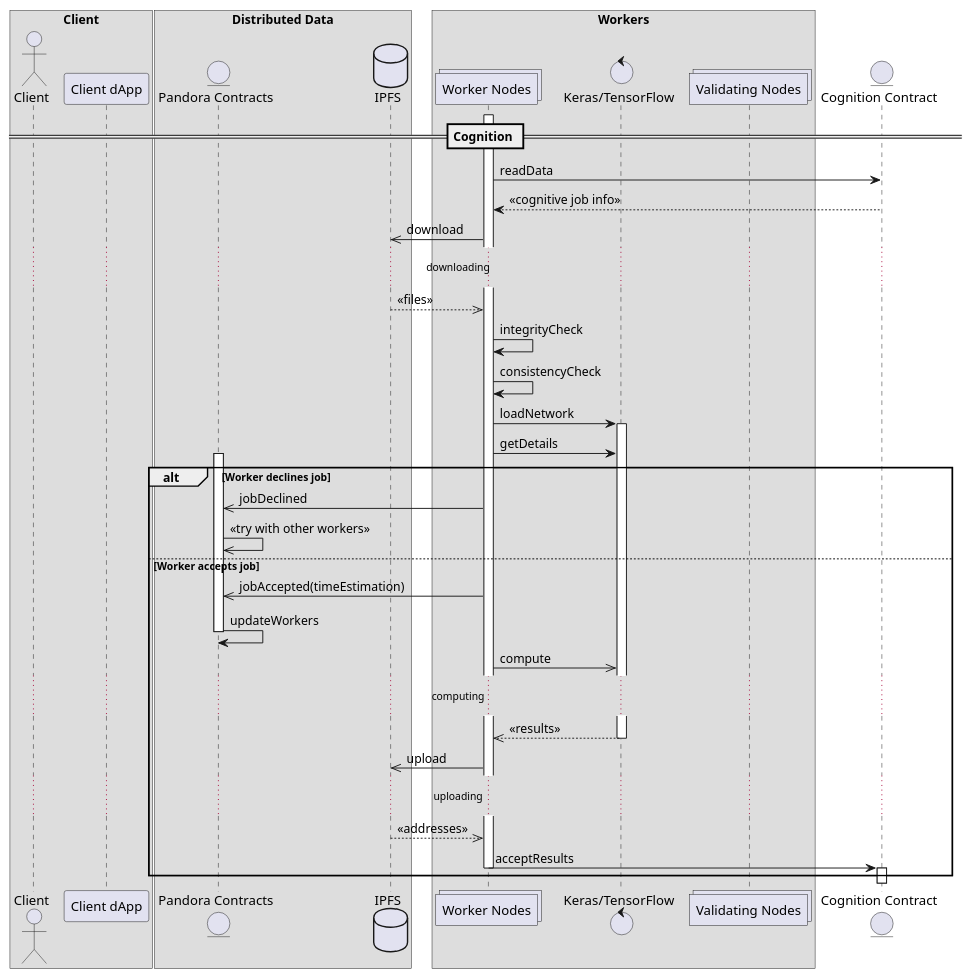
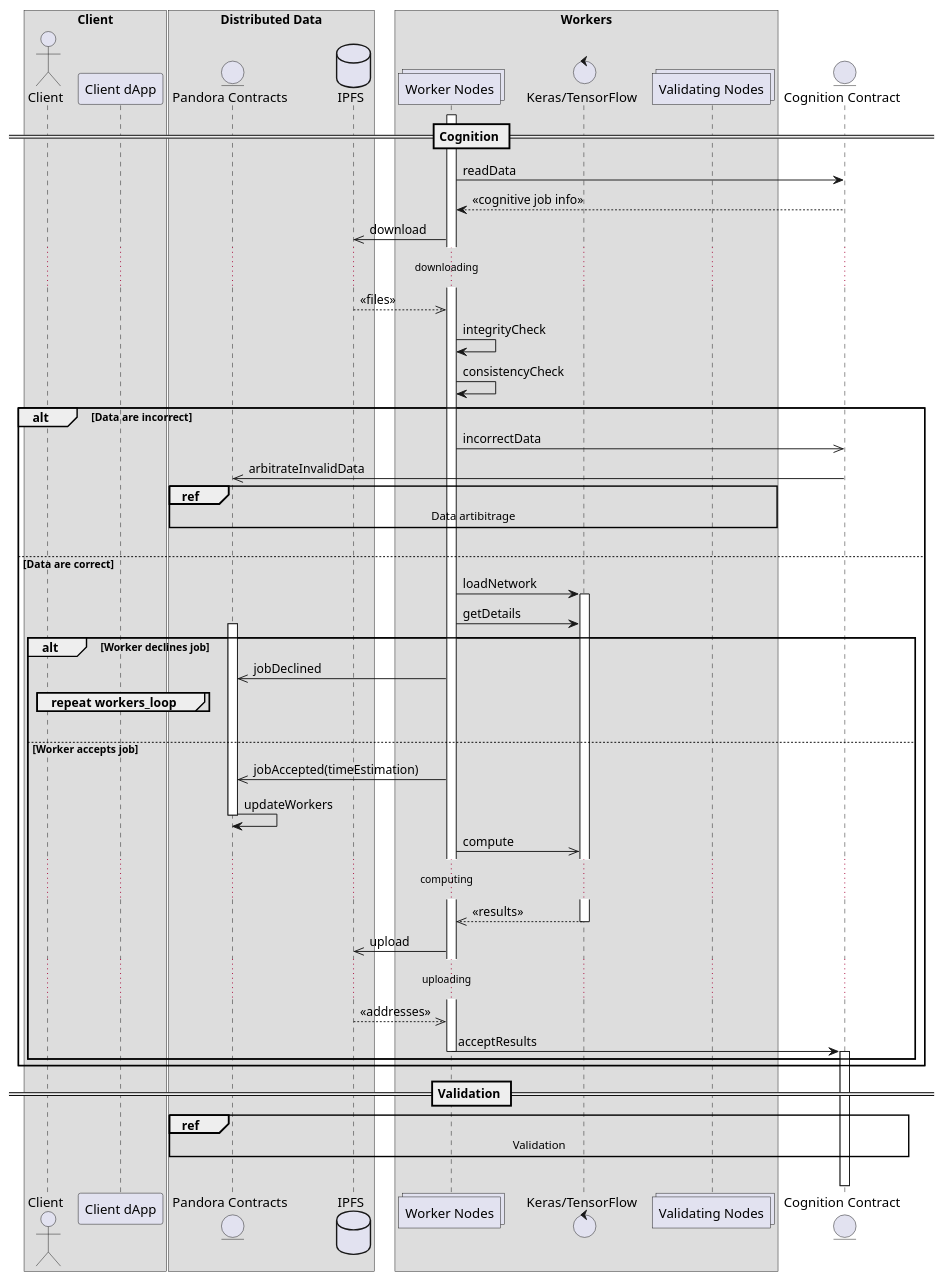
Before and after one commit to pandoraboxchain/pocw-techspecs: the diagram in sequence_cognition_15.plantuml, drawn with PlantUML.

```diff
--- a/sequence_cognition_15.plantuml
+++ b/sequence_cognition_15.plantuml
@@ -1,52 +1,66 @@
 @startuml
 box "Client"
   actor "Client" as client
   participant "Client dApp" as dapp
 end box
 
 box "Distributed Data"
   entity "Pandora Contracts" as pandora
   database "IPFS" as ipfs
 end box
 
 box "Workers"
   collections "Worker Nodes" as workers
   control "Keras/TensorFlow" as nn
   collections "Validating Nodes" as validators
 end box
 
 entity "Cognition Contract" as cognition
 
 == Cognition ==
 
 activate workers
 workers -> cognition: readData
 cognition --> workers: << cognitive job info >>
 workers ->> ipfs: download
 ... downloading ...
 ipfs -->> workers: << files >>
 workers -> workers: integrityCheck
 workers -> workers: consistencyCheck
-workers -> nn: loadNetwork
-activate nn
-workers -> nn: getDetails
-activate pandora
-alt Worker declines job
-  workers ->> pandora: jobDeclined
-  pandora ->> pandora: << try with other workers >>
-else Worker accepts job
-  workers ->> pandora: jobAccepted(timeEstimation)
-  pandora -> pandora: updateWorkers
-  deactivate pandora
-  workers ->> nn: compute
-... computing ...
-  nn -->> workers: << results >>
-  deactivate nn
-  workers ->> ipfs: upload
-... uploading ...
-  ipfs -->> workers: << addresses >>
-  workers -> cognition: acceptResults
-  deactivate workers
-  activate cognition
+alt Data are incorrect
+  workers ->> cognition: incorrectData
+  cognition ->> pandora: arbitrateInvalidData
+  ref over pandora, workers, validators: Data artibitrage
+  |||
+else Data are correct
+  workers -> nn: loadNetwork
+  activate nn
+  workers -> nn: getDetails
+  activate pandora
+  alt Worker declines job
+    workers ->> pandora: jobDeclined
+    group repeat workers_loop
+    end
+    |||
+  else Worker accepts job
+    workers ->> pandora: jobAccepted(timeEstimation)
+    pandora -> pandora: updateWorkers
+    deactivate pandora
+    workers ->> nn: compute
+  ... computing ...
+    nn -->> workers: << results >>
+    deactivate nn
+    workers ->> ipfs: upload
+  ... uploading ...
+    ipfs -->> workers: << addresses >>
+    workers -> cognition: acceptResults
+    deactivate workers
+    activate cognition
+  end
 end
+
+== Validation ==
+
+ref over pandora, cognition: Validation
+|||
 @enduml
```
